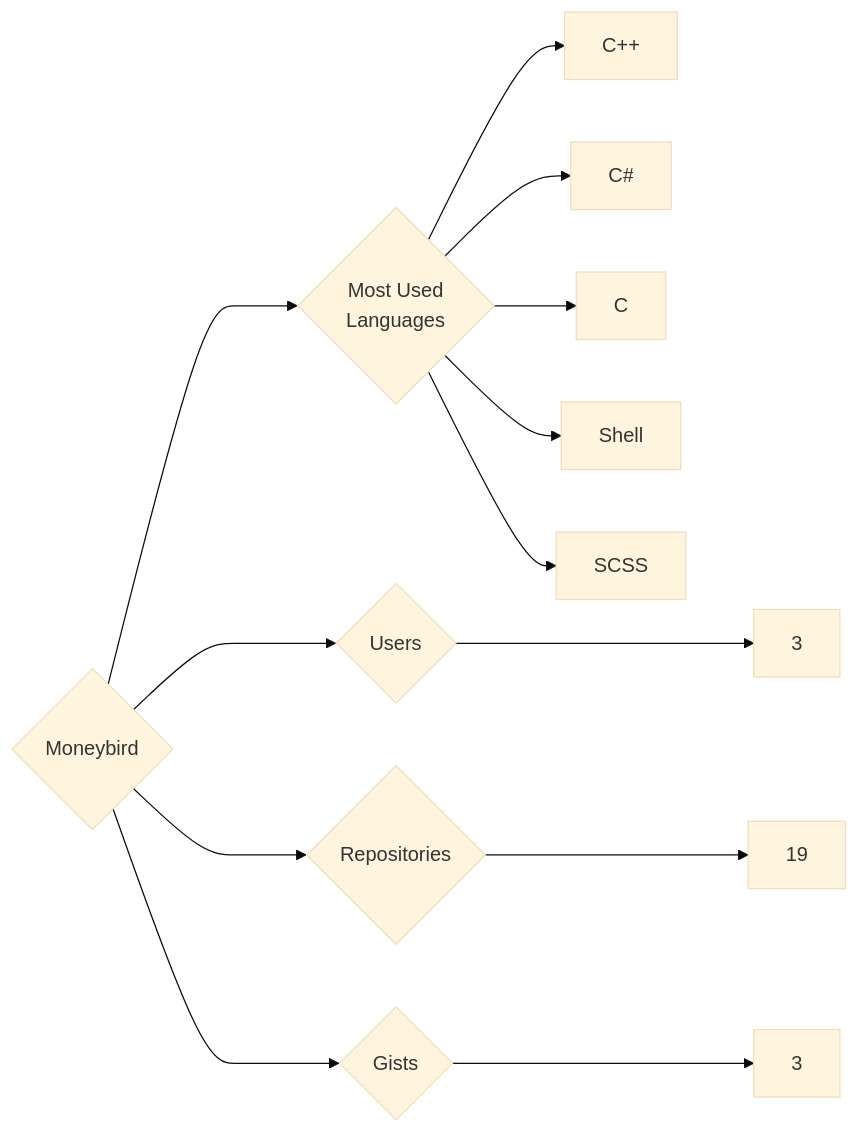
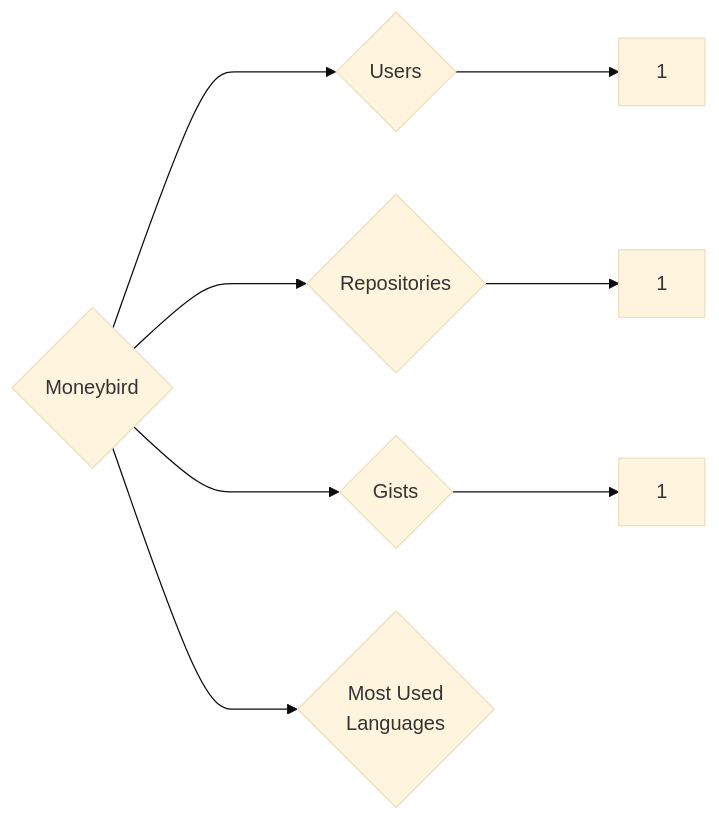
Before and after one commit to trickest/insiders: the diagram in targets/Moneybird/README.md, drawn with Mermaid (base theme). The commit also changed 677 other files, not shown here.

````diff
--- a/targets/Moneybird/README.md
+++ b/targets/Moneybird/README.md
@@ -3,13 +3,8 @@
 ```mermaid
 graph LR
 COMPANY_NAME{Moneybird}
-COMPANY_NAME ---> U{Users} ---> UN[3]
-COMPANY_NAME ---> R{Repositories} ---> RN[19]
-COMPANY_NAME ---> G{Gists} ---> GN[3]
+COMPANY_NAME ---> U{Users} ---> UN[1]
+COMPANY_NAME ---> R{Repositories} ---> RN[1]
+COMPANY_NAME ---> G{Gists} ---> GN[1]
 COMPANY_NAME ---> ML{Most Used<br>Languages}
-ML --> C++[C++]
-ML --> C#[C#]
-ML --> C[C]
-ML --> Shell[Shell]
-ML --> SCSS[SCSS]
 ```
````
